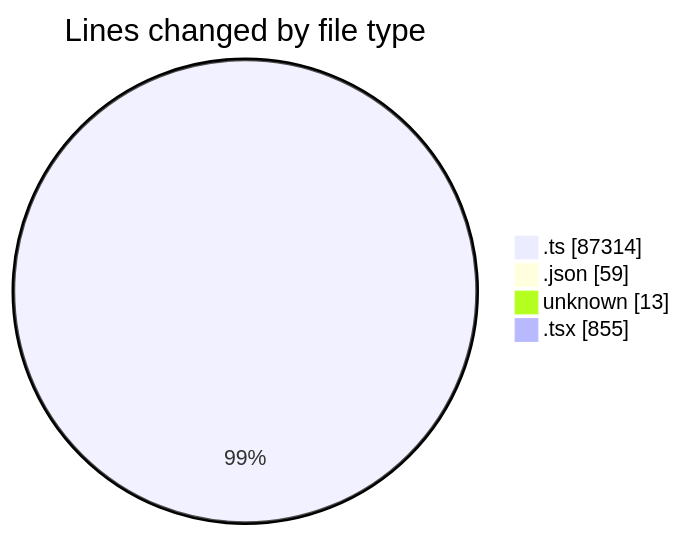
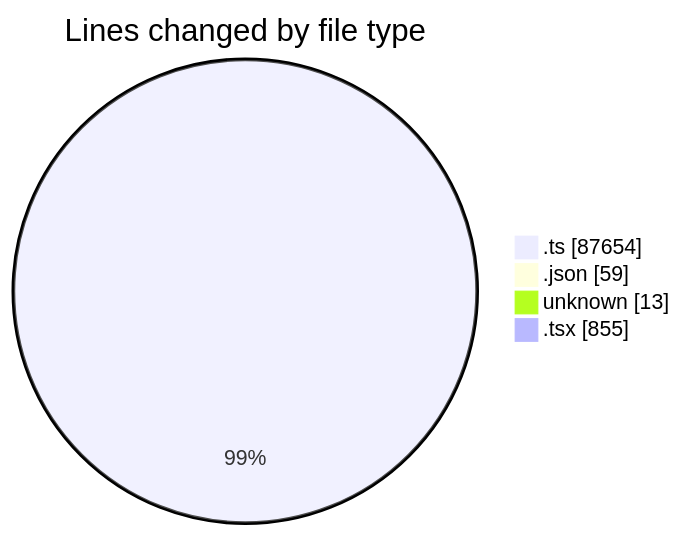
One commit to momahboobian/code-tracking changed the first of 2 diagrams in 2025-09-09/cda/README.md. Above: the diagram before and after it, drawn with Mermaid. The commit also changed other lines of this file and 1 other file, not shown here.

````diff
--- a/2025-09-09/cda/README.md
+++ b/2025-09-09/cda/README.md
@@ -131,8 +131,8 @@
 ```mermaid
 pie showData
 title Lines changed by file type
-".ts" : 87314
+".ts" : 87654
 ".json" : 59
 "unknown" : 13
 ".tsx" : 855
 ```
````
